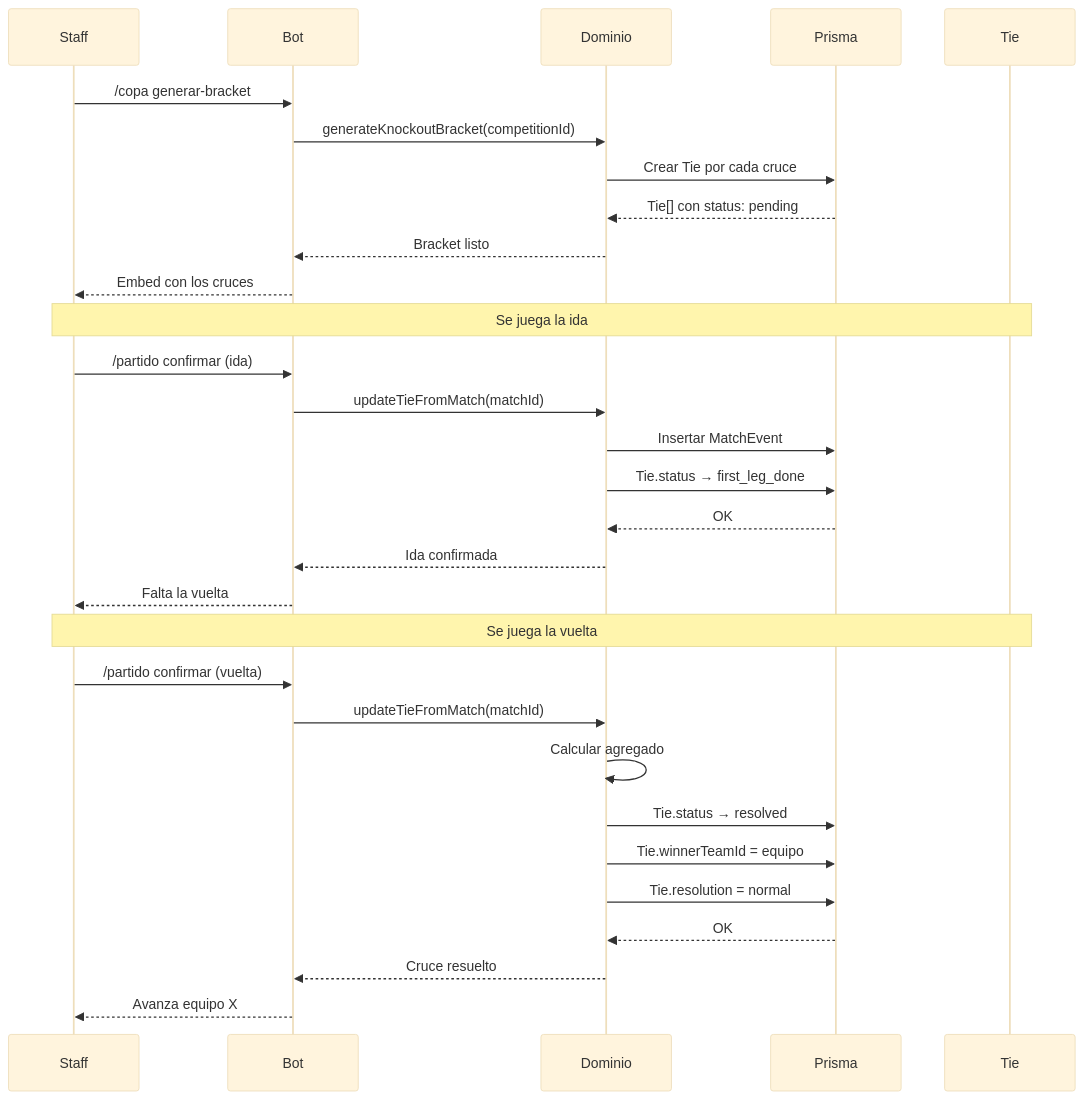
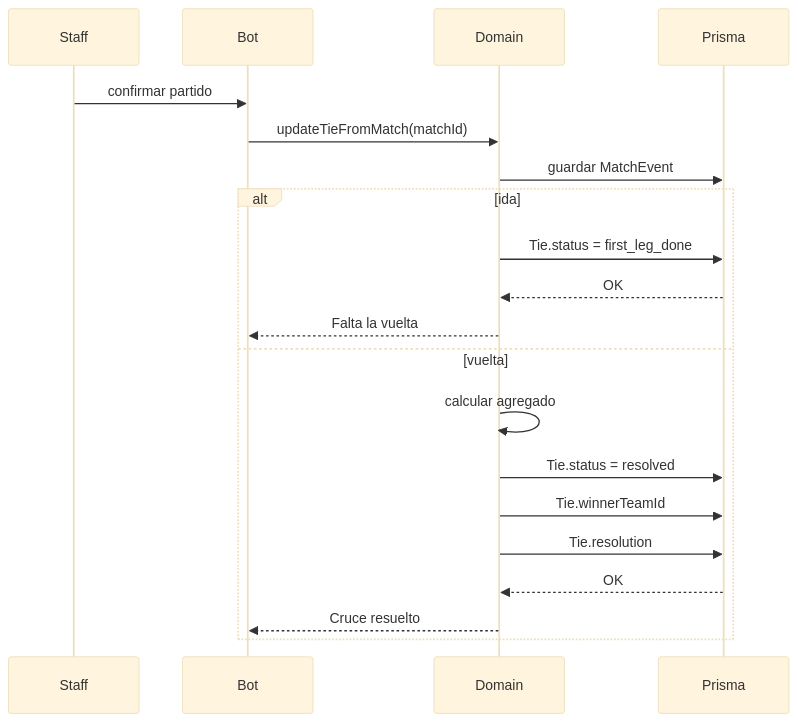
The third of 4 diagrams in README.md (Kevris/AGON), drawn with Mermaid (base theme) before and after one commit. The commit also changed other lines of this file and 1 other file, not shown here.

````diff
--- a/README.md
+++ b/README.md
@@ -162,37 +283,24 @@
 ```mermaid
 sequenceDiagram
     participant S as Staff
     participant B as Bot
-    participant D as Dominio
+    participant D as Domain
     participant DB as Prisma
-    participant T as Tie
 
-    S->>B: /copa generar-bracket
-    B->>D: generateKnockoutBracket(competitionId)
-    D->>DB: Crear Tie por cada cruce
-    DB-->>D: Tie[] con status: pending
-    D-->>B: Bracket listo
-    B-->>S: Embed con los cruces
+    S->>B: confirmar partido
+    B->>D: updateTieFromMatch(matchId)
+    D->>DB: guardar MatchEvent
 
-    Note over S,T: Se juega la ida
-
-    S->>B: /partido confirmar (ida)
-    B->>D: updateTieFromMatch(matchId)
-    D->>DB: Insertar MatchEvent
-    D->>DB: Tie.status → first_leg_done
-    DB-->>D: OK
-    D-->>B: Ida confirmada
-    B-->>S: Falta la vuelta
-
-    Note over S,T: Se juega la vuelta
-
-    S->>B: /partido confirmar (vuelta)
-    B->>D: updateTieFromMatch(matchId)
-    D->>D: Calcular agregado
-    D->>DB: Tie.status → resolved
-    D->>DB: Tie.winnerTeamId = equipo
-    D->>DB: Tie.resolution = normal
-    DB-->>D: OK
-    D-->>B: Cruce resuelto
-    B-->>S: Avanza equipo X
+    alt ida
+        D->>DB: Tie.status = first_leg_done
+        DB-->>D: OK
+        D-->>B: Falta la vuelta
+    else vuelta
+        D->>D: calcular agregado
+        D->>DB: Tie.status = resolved
+        D->>DB: Tie.winnerTeamId
+        D->>DB: Tie.resolution
+        DB-->>D: OK
+        D-->>B: Cruce resuelto
+    end
 ```
````
